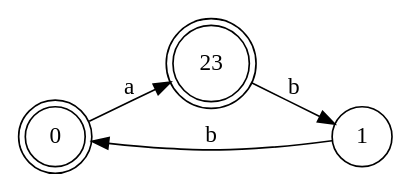
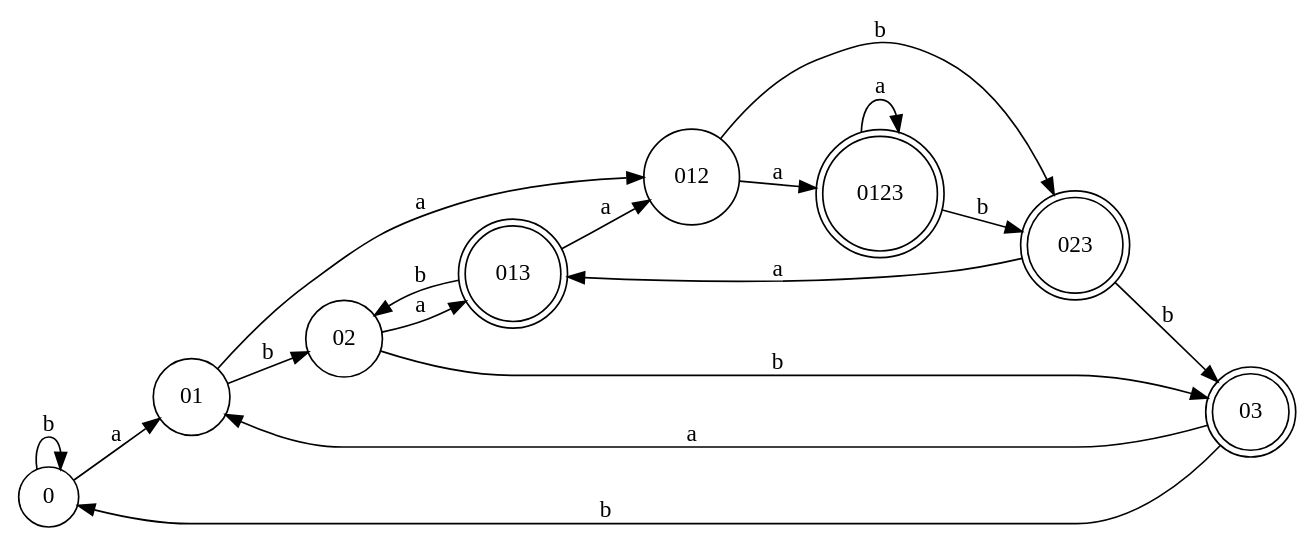
The diagram in Output/Data/afd.dot (DinizKaua/AFNtoAFD), drawn with Graphviz before and after one commit. The commit also changed 7 other files, not shown here.

```diff
--- a/Output/Data/afd.dot
+++ b/Output/Data/afd.dot
@@ -1,9 +1,27 @@
 digraph AFD {
 rankdir=LR;
-0 [shape=doublecircle];
-1 [shape=circle];
-23 [shape=doublecircle];
-0 -> 23 [label="a"];
-23 -> 1 [label="b"];
-1 -> 0 [label="b"];
+0 [shape=circle];
+01 [shape=circle];
+02 [shape=circle];
+012 [shape=circle];
+03 [shape=doublecircle];
+013 [shape=doublecircle];
+023 [shape=doublecircle];
+0123 [shape=doublecircle];
+0 -> 01 [label="a"];
+0 -> 0 [label="b"];
+01 -> 012 [label="a"];
+01 -> 02 [label="b"];
+012 -> 0123 [label="a"];
+012 -> 023 [label="b"];
+02 -> 013 [label="a"];
+02 -> 03 [label="b"];
+0123 -> 0123 [label="a"];
+0123 -> 023 [label="b"];
+023 -> 013 [label="a"];
+023 -> 03 [label="b"];
+013 -> 012 [label="a"];
+013 -> 02 [label="b"];
+03 -> 01 [label="a"];
+03 -> 0 [label="b"];
 }
```
